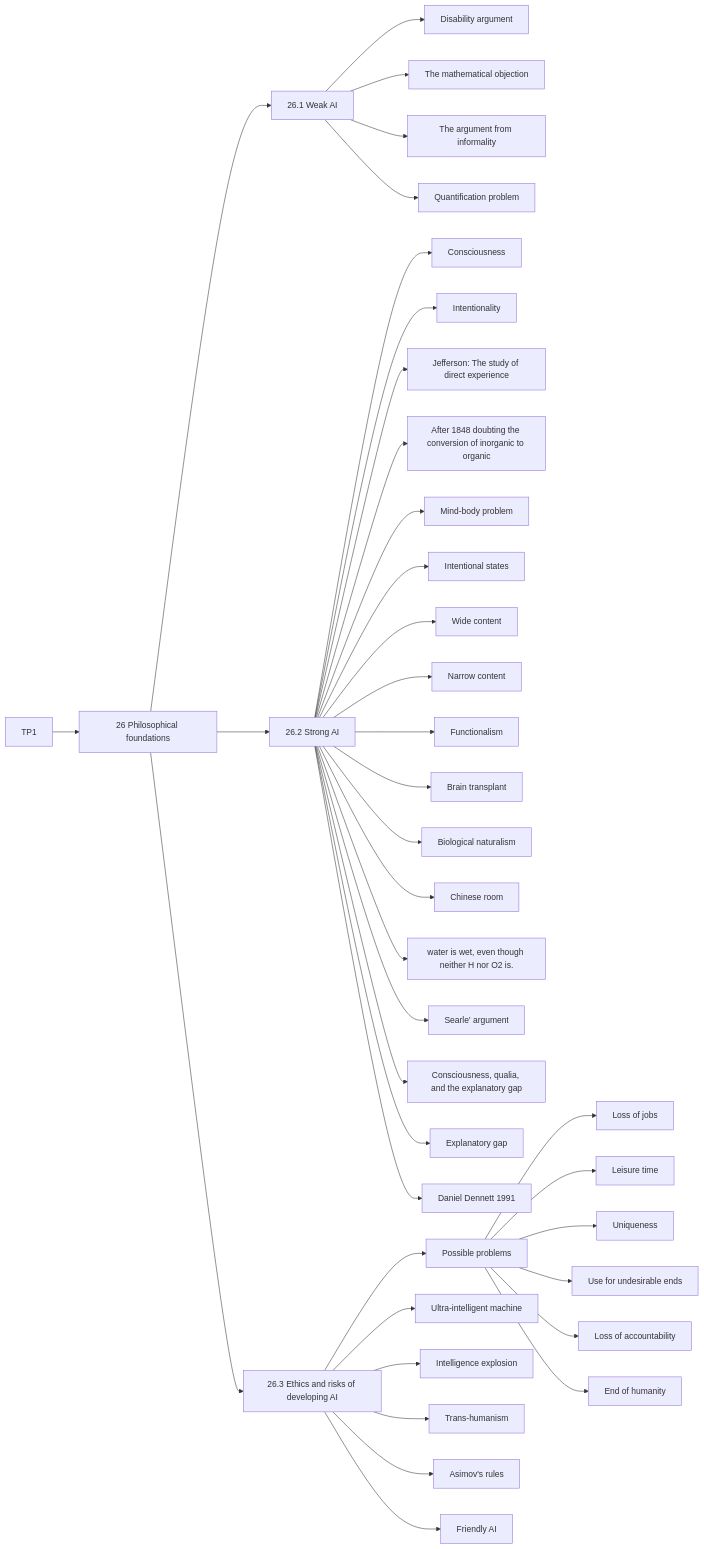
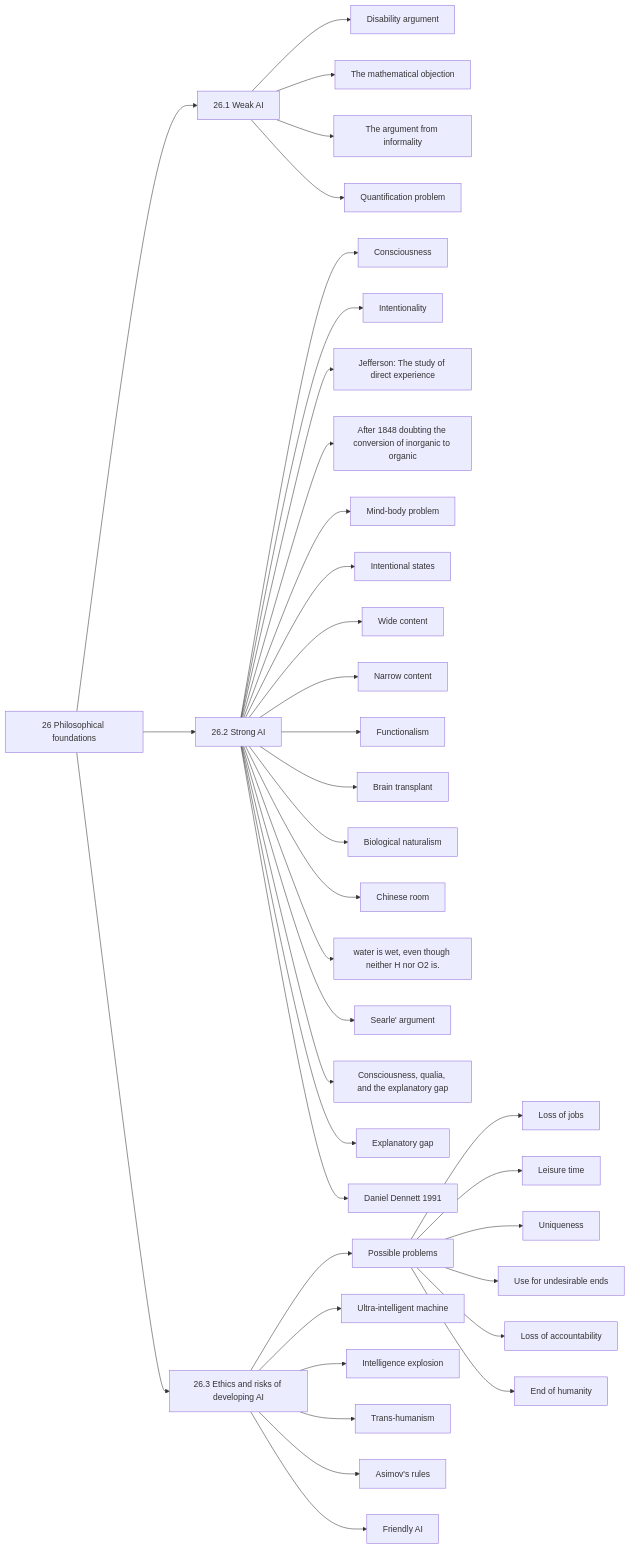
One commit to MightyHelper/ia-uncuyo-2023 changed the diagram in tp1-fundamentos/tp1-fundamentos.md. Above: the diagram before and after it, drawn with Mermaid. The commit also changed other lines of this file, not shown here.

````diff
--- a/tp1-fundamentos/tp1-fundamentos.md
+++ b/tp1-fundamentos/tp1-fundamentos.md
@@ -184,40 +184,40 @@
 ```mermaid
 graph LR
-A[TP1] --> B[26 Philosophical foundations]
+B[26 Philosophical foundations]
 B --> C[26.1 Weak AI]
 B --> D[26.2 Strong AI]
 B --> E[26.3 Ethics and risks of developing AI]
 C --> F[Disability argument]
 C --> G[The mathematical objection]
 C --> H[The argument from informality]
 C --> I[Quantification problem]
 D --> K[Consciousness]
 D --> L[Intentionality]
 D --> M[Jefferson: The study of direct experience]
 D --> N[After 1848 doubting the conversion of inorganic to organic]
 D --> O[Mind-body problem]
 D --> P[Intentional states]
 D --> Q[Wide content]
 D --> R[Narrow content]
 D --> S[Functionalism]
 D --> T[Brain transplant]
 D --> U[Biological naturalism]
 D --> V[Chinese room]
 D --> W[water is wet, even though neither H nor O2 is.]
 D --> X[Searle' argument]
 D --> Y[Consciousness, qualia, and the explanatory gap]
 D --> Z[Explanatory gap]
 D --> ZZ[Daniel Dennett 1991]
 E --> AA[Possible problems]
 AA --> AB[Loss of jobs]
 AA --> AC[Leisure time]
 AA --> AD[Uniqueness]
 AA --> AE[Use for undesirable ends]
 AA --> AF[Loss of accountability]
 AA --> AG[End of humanity]
 E --> AH[Ultra-intelligent machine]
 E --> AI[Intelligence explosion]
 E --> AJ[Trans-humanism]
 E --> AK[Asimov's rules]
 E --> AL[Friendly AI]
 ```
````
